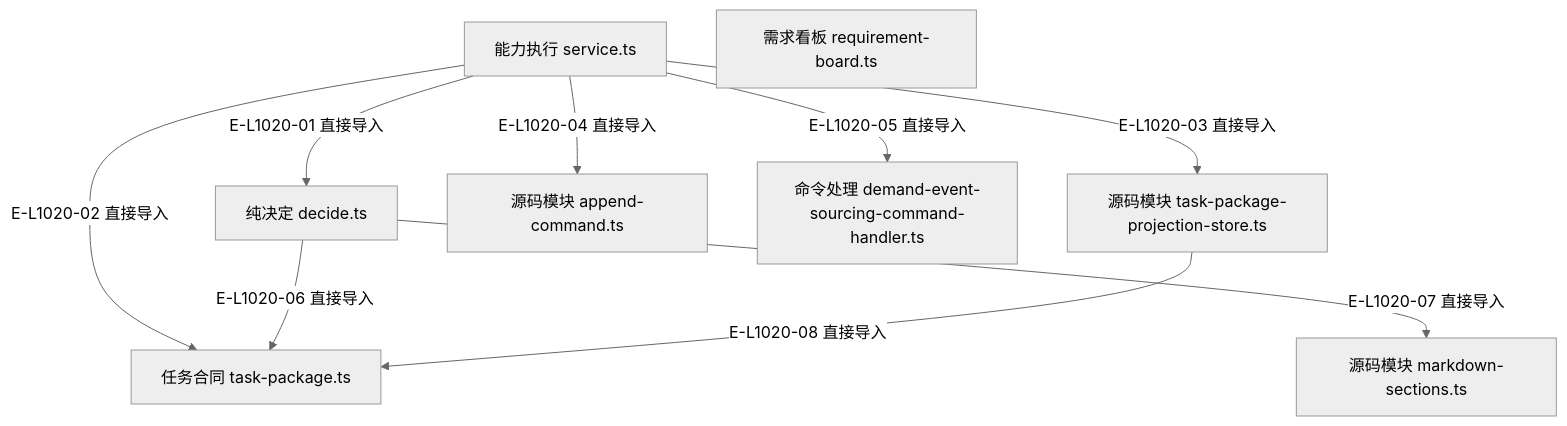
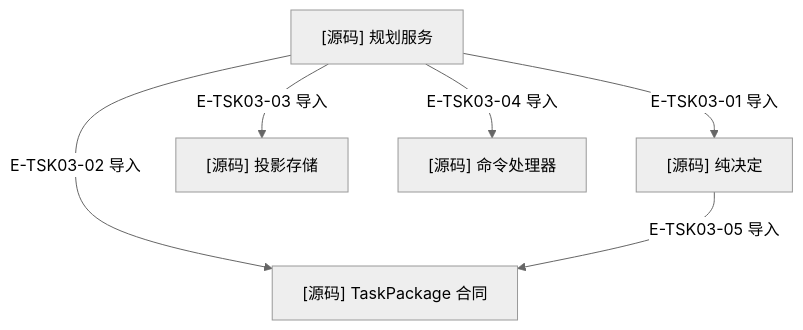
Before and after one commit to GxFn/Wakeflow: the diagram in wakeflow-architecture-atlas/maps/05-tasking-slice/file-dependencies.md, drawn with Mermaid (neutral theme). The commit also changed other lines of this file and 76 other files, not shown here.

First line of the commit message:
docs(atlas): refresh architecture maps for the rc.5 codebase

````diff
--- a/wakeflow-architecture-atlas/maps/05-tasking-slice/file-dependencies.md
+++ b/wakeflow-architecture-atlas/maps/05-tasking-slice/file-dependencies.md
@@ -138,21 +23,15 @@
 ```mermaid
 flowchart TB
-  accTitle: 任务规划的精选直接导入
-  accDescr: 任务规划所列具体文件之间的直接导入，不把静态依赖解释成运行调用。
-  f1["能力执行 service.ts"]
-  f2["纯决定 decide.ts"]
-  f3["任务合同 task-package.ts"]
-  f4["源码模块 task-package-projection-store.ts"]
-  f5["源码模块 append-command.ts"]
-  f6["命令处理 demand-event-sourcing-command-handler.ts"]
-  f7["需求看板 requirement-board.ts"]
-  f8["源码模块 markdown-sections.ts"]
-  f1 -->|"E-L1020-01 直接导入"| f2
-  f1 -->|"E-L1020-02 直接导入"| f3
-  f1 -->|"E-L1020-03 直接导入"| f4
-  f1 -->|"E-L1020-04 直接导入"| f5
-  f1 -->|"E-L1020-05 直接导入"| f6
-  f2 -->|"E-L1020-06 直接导入"| f3
-  f2 -->|"E-L1020-07 直接导入"| f8
-  f4 -->|"E-L1020-08 直接导入"| f3
+  accTitle: 规划切片的精选直接导入
+  accDescr: 图中连线仅表示当前 TypeScript 直接导入，不表示调用顺序或持久状态；完整路径与符号在表中定位。
+  S["[源码] 规划服务"]
+  D["[源码] 纯决定"]
+  P["[源码] TaskPackage 合同"]
+  M["[源码] 投影存储"]
+  H["[源码] 命令处理器"]
+  S -->|"E-TSK03-01 导入"| D
+  S -->|"E-TSK03-02 导入"| P
+  S -->|"E-TSK03-03 导入"| M
+  S -->|"E-TSK03-04 导入"| H
+  D -->|"E-TSK03-05 导入"| P
 ```
````
